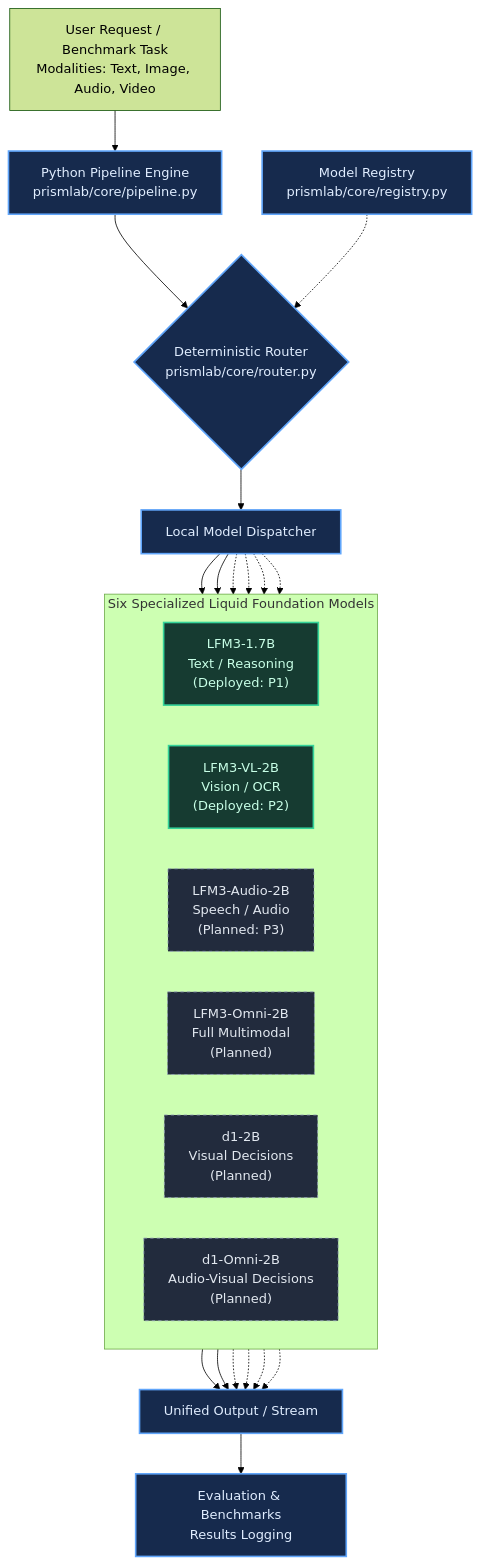
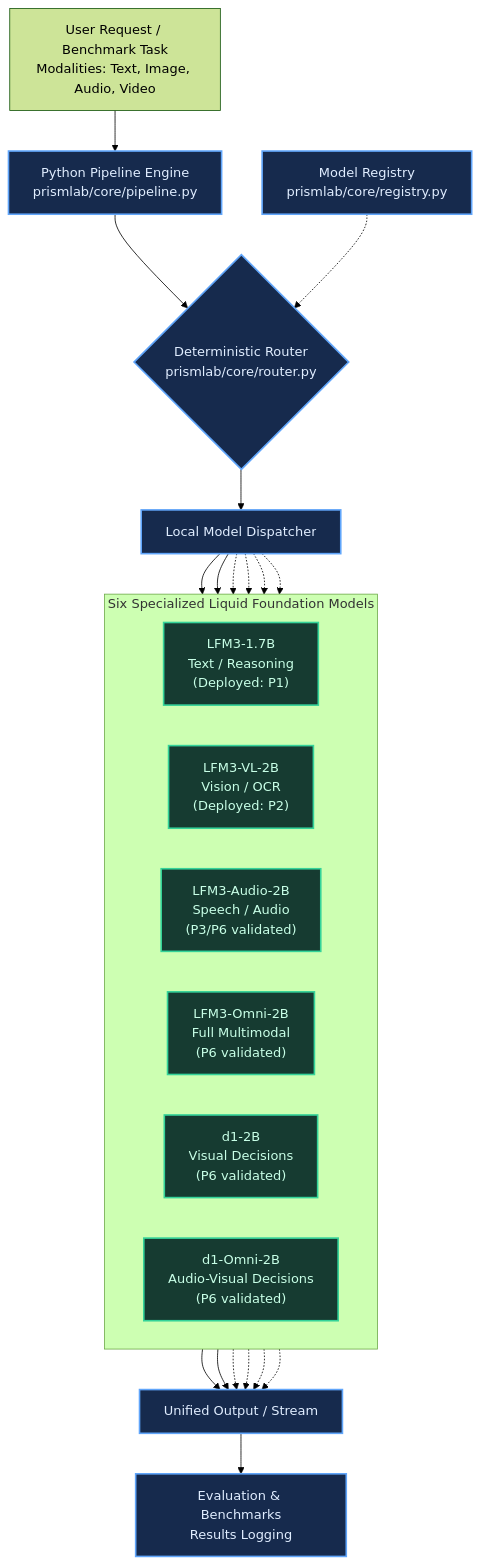
Before and after one commit to prataykarali/Flowstate: the diagram in lfm3-prismlab/README.md, drawn with Mermaid (forest theme). The commit also changed other lines of this file and 61 other files, not shown here.

Commit message:
research(prismlab): finalize P7 architecture and synthesis

````diff
--- a/lfm3-prismlab/README.md
+++ b/lfm3-prismlab/README.md
@@ -26,44 +26,42 @@
 ```mermaid
 flowchart TB
     U["User Request / Benchmark Task<br/>Modalities: Text, Image, Audio, Video"]
     P["Python Pipeline Engine<br/>prismlab/core/pipeline.py"]
     R["Model Registry<br/>prismlab/core/registry.py"]
     S{"Deterministic Router<br/>prismlab/core/router.py"}
     D["Local Model Dispatcher"]
 
     subgraph MODELS["Six Specialized Liquid Foundation Models"]
       direction LR
       T["LFM3-1.7B<br/>Text / Reasoning<br/>(Deployed: P1)"]
       V["LFM3-VL-2B<br/>Vision / OCR<br/>(Deployed: P2)"]
-      A["LFM3-Audio-2B<br/>Speech / Audio<br/>(Planned: P3)"]
-      O["LFM3-Omni-2B<br/>Full Multimodal<br/>(Planned)"]
-      J["d1-2B<br/>Visual Decisions<br/>(Planned)"]
-      K["d1-Omni-2B<br/>Audio-Visual Decisions<br/>(Planned)"]
+      A["LFM3-Audio-2B<br/>Speech / Audio<br/>(P3/P6 validated)"]
+      O["LFM3-Omni-2B<br/>Full Multimodal<br/>(P6 validated)"]
+      J["d1-2B<br/>Visual Decisions<br/>(P6 validated)"]
+      K["d1-Omni-2B<br/>Audio-Visual Decisions<br/>(P6 validated)"]
     end
 
     OUT["Unified Output / Stream"]
     B["Evaluation & Benchmarks<br/>Results Logging"]
 
     U --> P --> S --> D
     R -.-> S
     D --> T
     D --> V
     D -.-> A
     D -.-> O
     D -.-> J
     D -.-> K
     T --> OUT
     V --> OUT
     A -.-> OUT
     O -.-> OUT
     J -.-> OUT
     K -.-> OUT
     OUT --> B
 
     classDef live fill:#163b31,color:#c8ffe7,stroke:#34d399,stroke-width:2px;
-    classDef planned fill:#222b3d,color:#e2e8f0,stroke:#94a3b8,stroke-dasharray: 4 4;
     classDef core fill:#162a4d,color:#e0edff,stroke:#60a5fa,stroke-width:2px;
-    class T,V live;
-    class A,O,J,K planned;
+    class T,V,A,O,J,K live;
     class P,R,S,D,OUT,B core;
 ```
````
